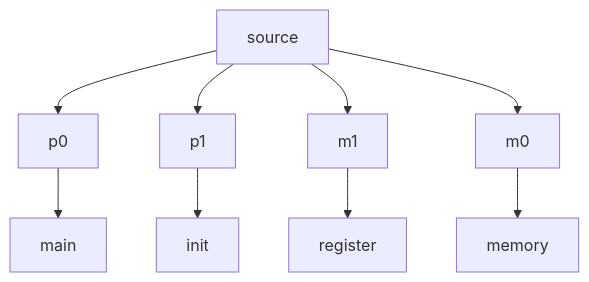
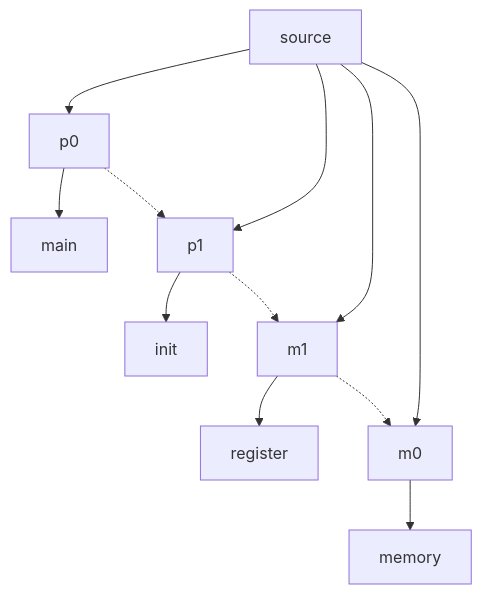
The diagram in c/fsw/procedure_module_layer/Procedure Module Layer FSW C Coding Style.md (urmsori/coding_style), drawn with Mermaid before and after one commit.

Commit message:
* change mermaid

````diff
--- a/c/fsw/procedure_module_layer/Procedure Module Layer FSW C Coding Style.md
+++ b/c/fsw/procedure_module_layer/Procedure Module Layer FSW C Coding Style.md
@@ -15,11 +15,13 @@
 ```mermaid
 graph TD
     A[source] --> B[p0]
     B --> C[main]
     A --> D[p1]
     D --> E[init]
     A --> F[m1]
     F --> G[register]
     A --> H[m0]
     H --> I[memory]
+    
+    B -.-> D -.-> F -.-> H
 ```
````
